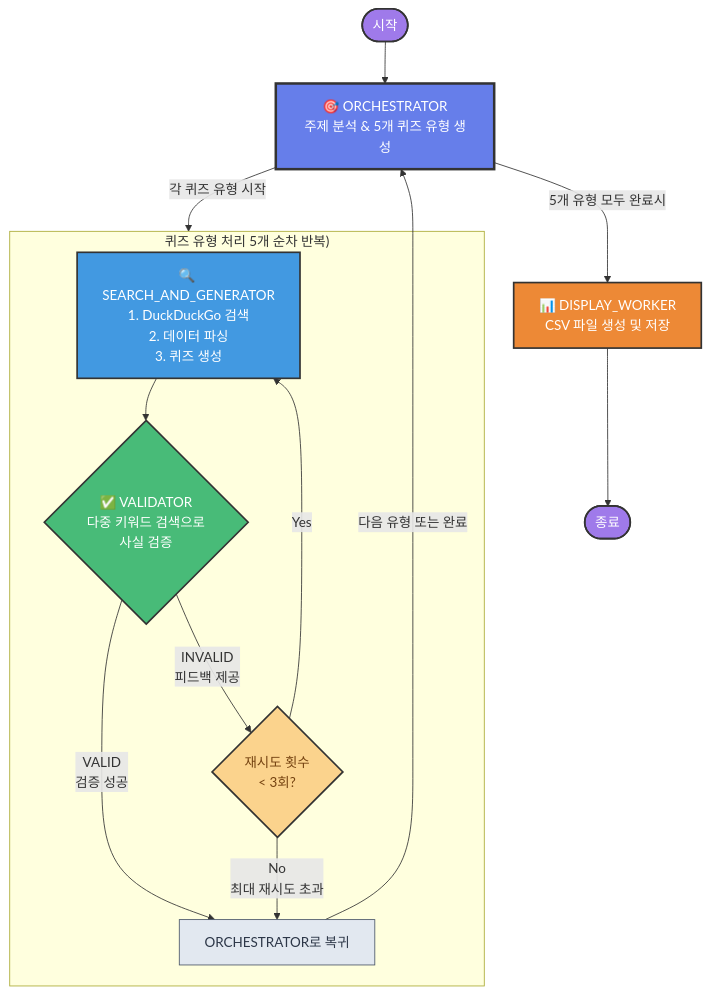
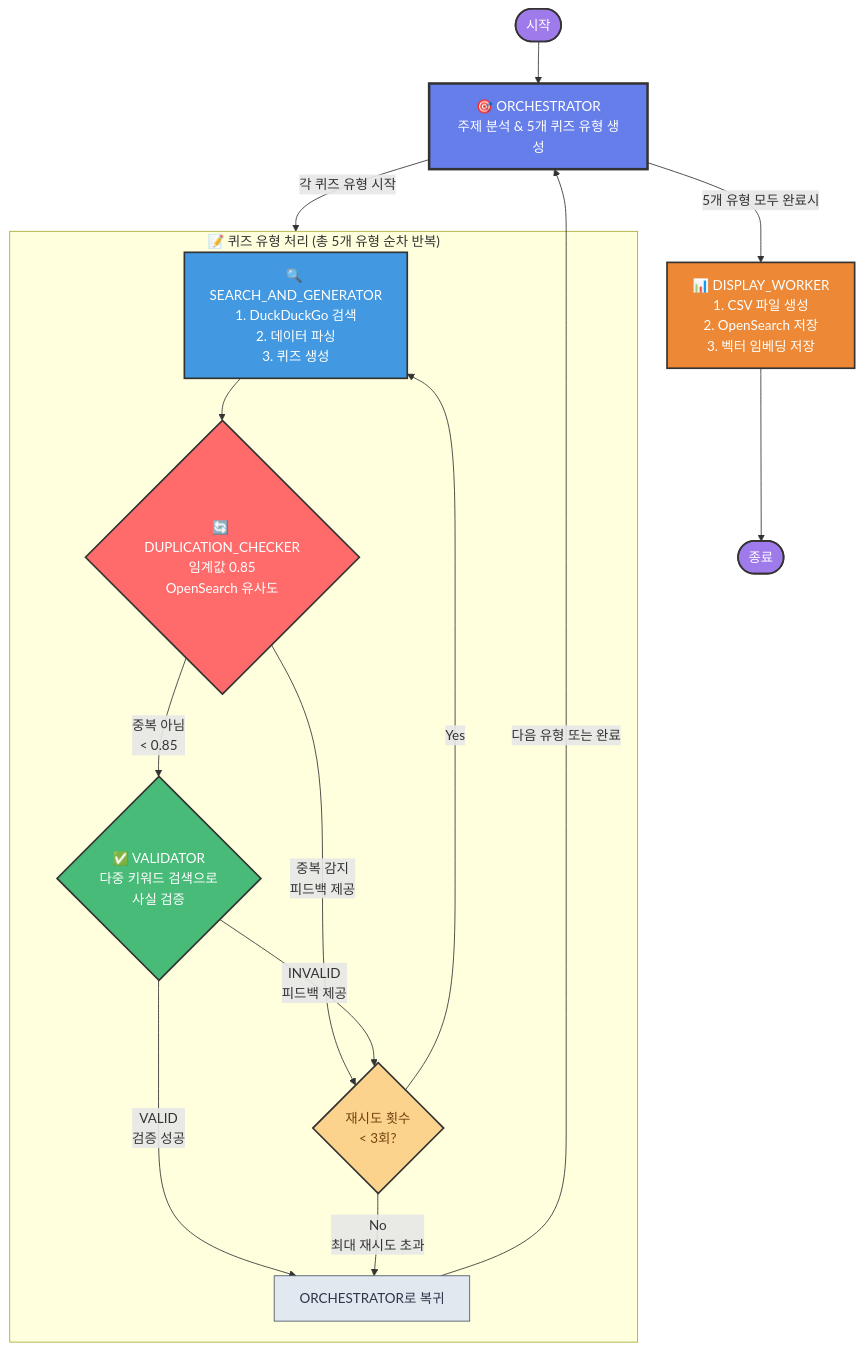
Before and after one commit to blait/GenAI-quiz-Gen: the diagram in README.md, drawn with Mermaid. The commit also changed other lines of this file and 10 other files, not shown here.

First line of the commit message:
feat: OpenSearch 설정 리팩토링 및 config 파일 분리

````diff
--- a/README.md
+++ b/README.md
@@ -14,41 +14,46 @@
 ```mermaid
 graph TD
     Start([시작]) --> Orch[🎯 ORCHESTRATOR<br/>주제 분석 & 5개 퀴즈 유형 생성]
     
     %% 퀴즈 유형 처리 블록 (1개 유형만 표시, 5개 반복)
-    subgraph QuizType ["퀴즈 유형 처리 5개 순차 반복)"]
+    subgraph QuizType ["📝 퀴즈 유형 처리 (총 5개 유형 순차 반복)"]
         SG[🔍 SEARCH_AND_GENERATOR<br/>1. DuckDuckGo 검색<br/>2. 데이터 파싱<br/>3. 퀴즈 생성]
+        Dup{🔄 DUPLICATION_CHECKER<br/>임계값 0.85<br/>OpenSearch 유사도}
         Val{✅ VALIDATOR<br/>다중 키워드 검색으로<br/>사실 검증}
         Retry{재시도 횟수<br/>< 3회?}
         
-        SG --> Val
+        SG --> Dup
+        Dup --> |중복 감지<br/>피드백 제공| Retry
+        Dup --> |중복 아님<br/>< 0.85| Val
         Val --> |INVALID<br/>피드백 제공| Retry
         Retry --> |Yes| SG
         Val --> |VALID<br/>검증 성공| Return[ORCHESTRATOR로 복귀]
         Retry --> |No<br/>최대 재시도 초과| Return
     end
     
     %% 메인 플로우 연결
     Orch --> |각 퀴즈 유형 시작| QuizType
     Return --> |다음 유형 또는 완료| Orch
-    Orch --> |5개 유형 모두 완료시| Display[📊 DISPLAY_WORKER<br/>CSV 파일 생성 및 저장]
+    Orch --> |5개 유형 모두 완료시| Display[📊 DISPLAY_WORKER<br/>1. CSV 파일 생성<br/>2. OpenSearch 저장<br/>3. 벡터 임베딩 저장]
     
     Display --> End([종료])
     
     %% 스타일링
     classDef orchestrator fill:#667eea,stroke:#333,stroke-width:3px,color:#fff
     classDef search fill:#4299e1,stroke:#333,stroke-width:2px,color:#fff
+    classDef duplication fill:#ff6b6b,stroke:#333,stroke-width:2px,color:#fff
     classDef validator fill:#48bb78,stroke:#333,stroke-width:2px,color:#fff
     classDef display fill:#ed8936,stroke:#333,stroke-width:2px,color:#fff
     classDef retry fill:#fbd38d,stroke:#333,stroke-width:2px,color:#744210
     classDef startend fill:#9f7aea,stroke:#333,stroke-width:2px,color:#fff
     classDef return fill:#e2e8f0,stroke:#4a5568,stroke-width:1px,color:#2d3748
     
     class Orch orchestrator
     class SG search
+    class Dup duplication
     class Val validator
     class Display display
     class Retry retry
     class Start,End startend
     class Return return
 ```
````
